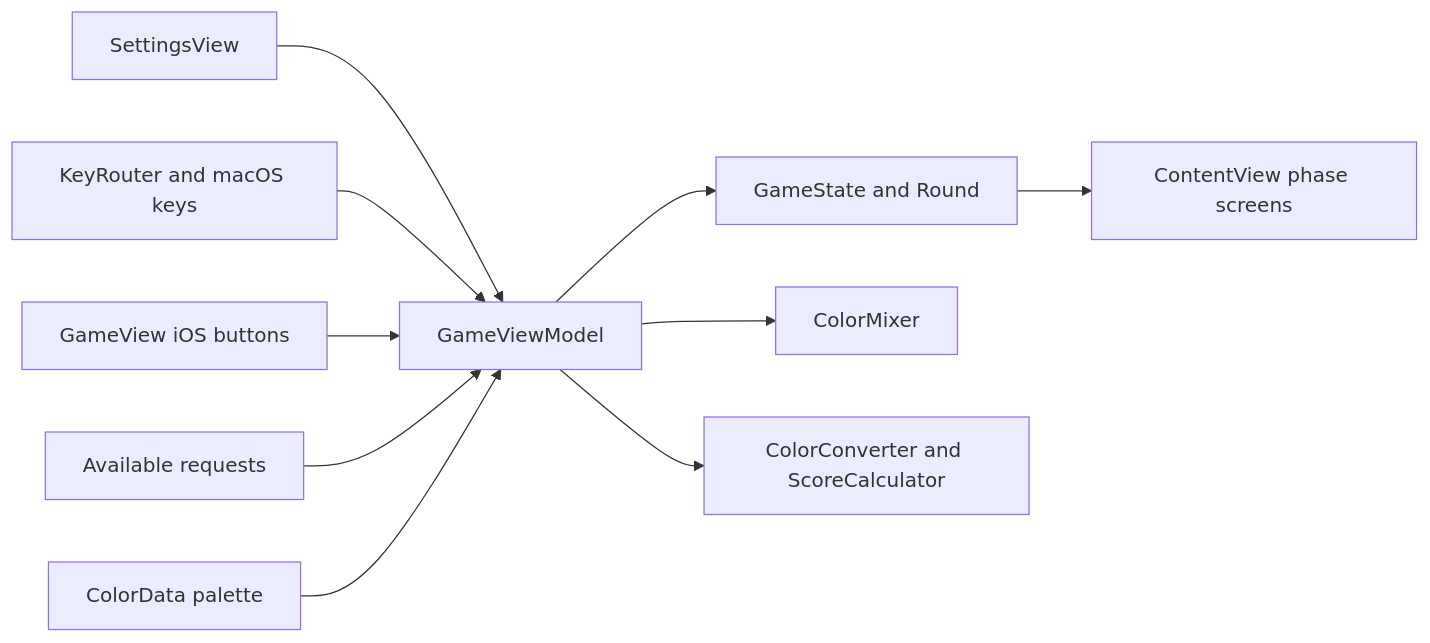
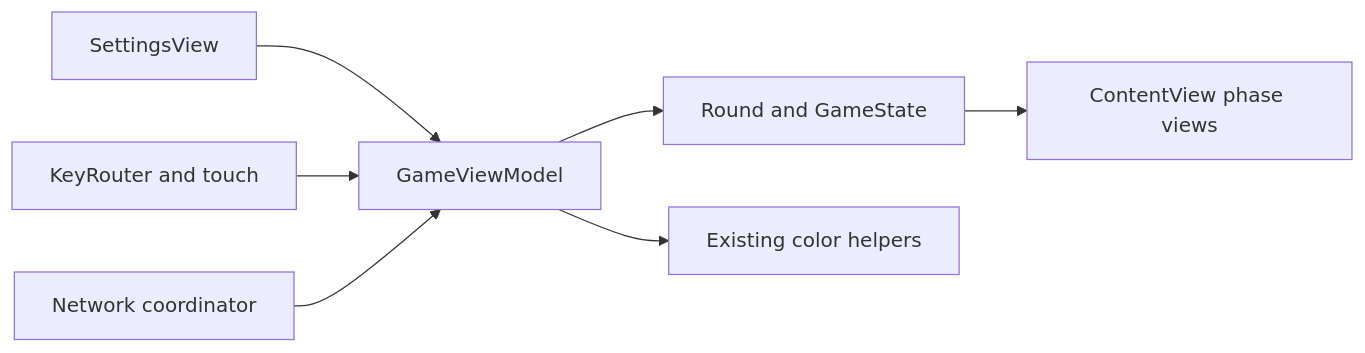
Before and after one commit to denywa/ColorTesting: the first of 2 diagrams in .kiro/specs/round-flow-and-input/design.md, drawn with Mermaid. The commit also changed other lines of this file and 135 other files, not shown here.

````diff
--- a/.kiro/specs/round-flow-and-input/design.md
+++ b/.kiro/specs/round-flow-and-input/design.md
@@ -55,12 +47,9 @@
 ```mermaid
 flowchart LR
     Settings[SettingsView] --> VM[GameViewModel]
-    Keys[KeyRouter and macOS keys] --> VM
-    Touch[GameView iOS buttons] --> VM
-    VM --> State[GameState and Round]
-    Requests[Available requests] --> VM
-    Palette[ColorData palette] --> VM
-    VM --> Mixer[ColorMixer]
-    VM --> Scorer[ColorConverter and ScoreCalculator]
-    State --> Screens[ContentView phase screens]
+    Input[KeyRouter and touch] --> VM
+    Host[Network coordinator] --> VM
+    VM --> State[Round and GameState]
+    VM --> Math[Existing color helpers]
+    State --> Screens[ContentView phase views]
 ```
````
